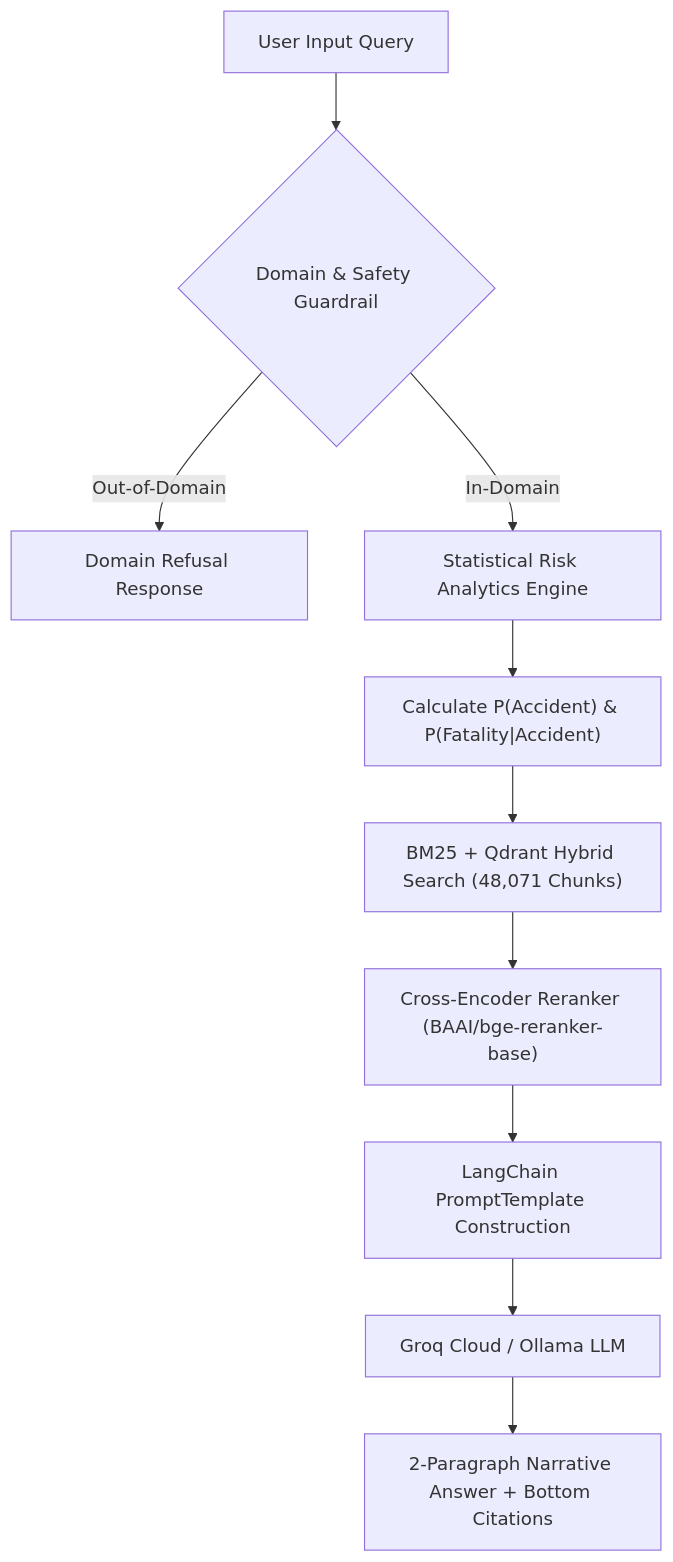
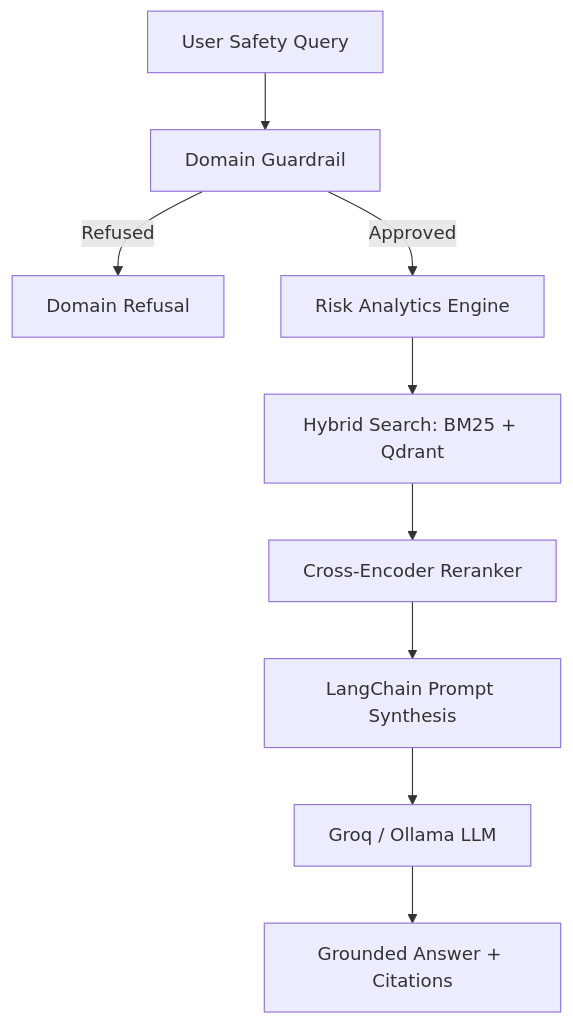
The diagram in README.md (PriyankaHichkad/Mine-Safety-Assistant), drawn with Mermaid before and after one commit.

````diff
--- a/README.md
+++ b/README.md
@@ -50,12 +50,11 @@
 ```mermaid
-flowchart TD
-    UserQuery["User Input Query"] --> Guardrail{"Domain & Safety Guardrail"}
-    Guardrail -- Out-of-Domain --> Refusal["Domain Refusal Response"]
-    Guardrail -- In-Domain --> RiskEngine["Statistical Risk Analytics Engine"]
-    RiskEngine --> Formulas["Calculate P(Accident) & P(Fatality|Accident)"]
-    Formulas --> HybridRetriever["BM25 + Qdrant Hybrid Search (48,071 Chunks)"]
-    HybridRetriever --> Reranker["Cross-Encoder Reranker (BAAI/bge-reranker-base)"]
-    Reranker --> PromptBuilder["LangChain PromptTemplate Construction"]
-    PromptBuilder --> LLM["Groq Cloud / Ollama LLM"]
-    LLM --> StructuredResponse["2-Paragraph Narrative Answer + Bottom Citations"]
+graph TD
+    A[User Safety Query] --> B[Domain Guardrail]
+    B -- Refused --> C[Domain Refusal]
+    B -- Approved --> D[Risk Analytics Engine]
+    D --> E[Hybrid Search: BM25 + Qdrant]
+    E --> F[Cross-Encoder Reranker]
+    F --> G[LangChain Prompt Synthesis]
+    G --> H[Groq / Ollama LLM]
+    H --> I[Grounded Answer + Citations]
 ```
````
